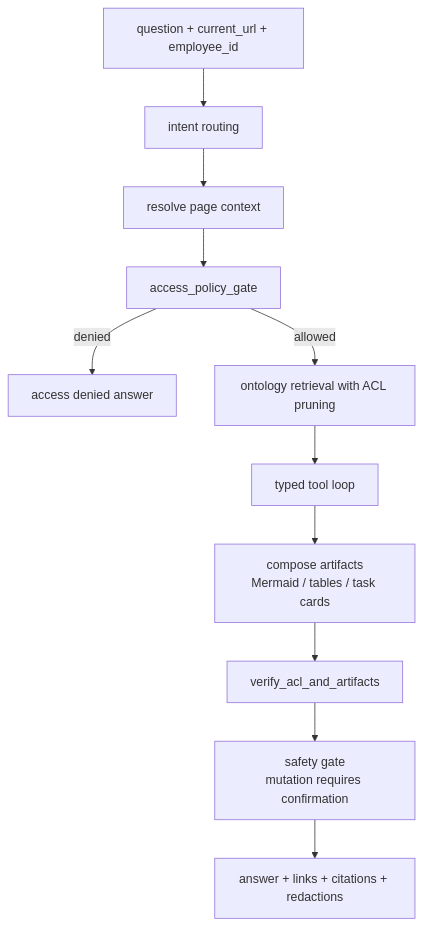
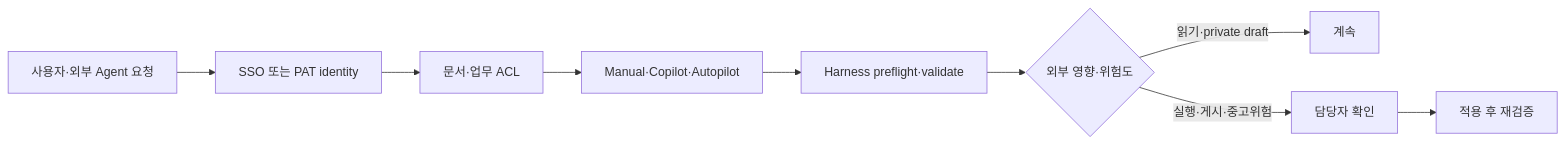
One commit to chokukil/boi-wiki changed the diagram in data/boi/public/boi-wiki-manual/agent/agent-guardrail-and-acl.md. Above: the diagram before and after it, drawn with Mermaid. The commit also changed other lines of this file and 89 other files, not shown here.

````diff
--- a/data/boi/public/boi-wiki-manual/agent/agent-guardrail-and-acl.md
+++ b/data/boi/public/boi-wiki-manual/agent/agent-guardrail-and-acl.md
@@ -34,13 +36,11 @@
 ```mermaid
-flowchart TD
-  START["question + current_url + employee_id"] --> ROUTE["intent routing"]
-  ROUTE --> PAGE["resolve page context"]
-  PAGE --> ACL["access_policy_gate"]
-  ACL -->|denied| DENY["access denied answer"]
-  ACL -->|allowed| RET["ontology retrieval with ACL pruning"]
-  RET --> LOOP["typed tool loop"]
-  LOOP --> ART["compose artifacts<br/>Mermaid / tables / task cards"]
-  ART --> VERIFY["verify_acl_and_artifacts"]
-  VERIFY --> SAFE["safety gate<br/>mutation requires confirmation"]
-  SAFE --> OUT["answer + links + citations + redactions"]
+flowchart LR
+  REQ["사용자·외부 Agent 요청"] --> ID["SSO 또는 PAT identity"]
+  ID --> ACL["문서·업무 ACL"]
+  ACL --> MODE["Manual·Copilot·Autopilot"]
+  MODE --> H["Harness preflight·validate"]
+  H --> RISK{"외부 영향·위험도"}
+  RISK -->|읽기·private draft| GO["계속"]
+  RISK -->|실행·게시·중고위험| CONF["담당자 확인"]
+  CONF --> APPLY["적용 후 재검증"]
 ```
````
